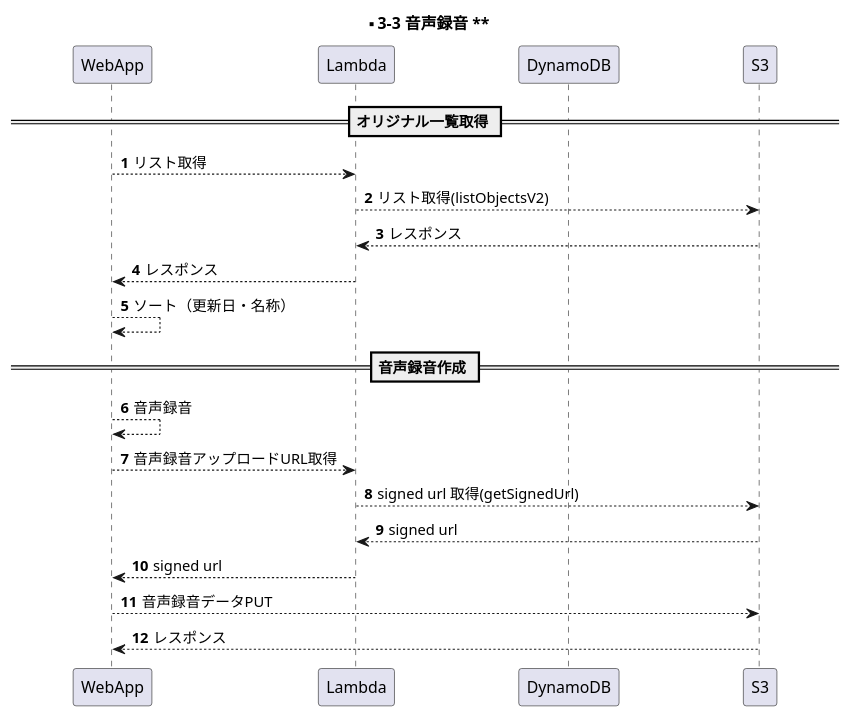
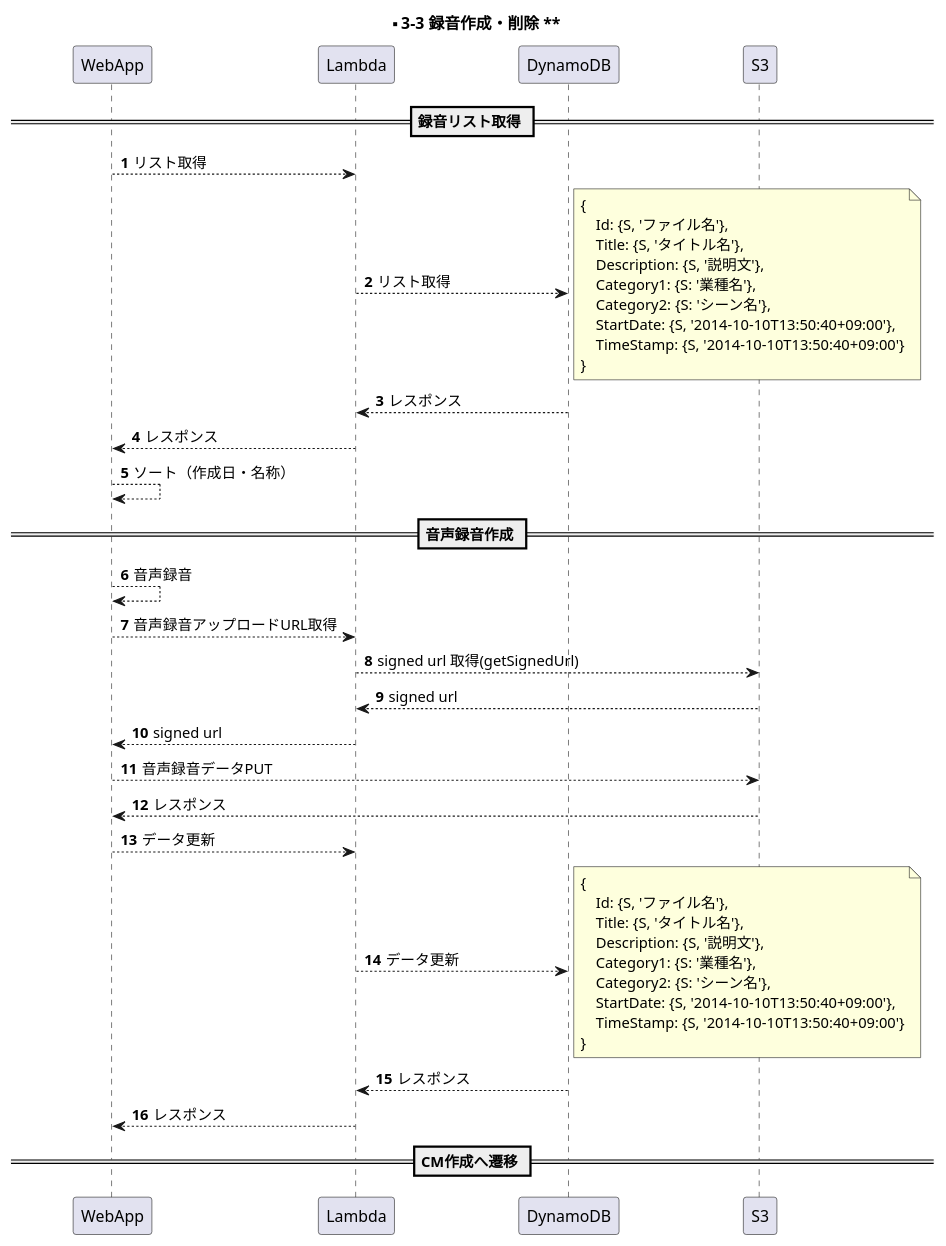
The diagram in documents/uml/s3-3.wsd (y-watanabe-usen/umesse-test), drawn with PlantUML before and after one commit. The commit also changed 5 other files, not shown here.

```diff
--- a/documents/uml/s3-3.wsd
+++ b/documents/uml/s3-3.wsd
@@ -1,28 +1,56 @@
 @startuml s3-3
 
 participant WebApp order 1
 participant Lambda order 2
 participant DynamoDB order 3
 participant S3 order 4
 skinparam ParticipantPadding 50
 autonumber
 
-title ** 3-3 音声録音 **
+title ** 3-3 録音作成・削除 **
 
-== オリジナル一覧取得 ==
+== 録音リスト取得 ==
 WebApp --> Lambda: リスト取得
-Lambda --> S3: リスト取得(listObjectsV2)
-Lambda <-- S3: レスポンス
+Lambda --> DynamoDB: リスト取得
+note right
+{
+    Id: {S, 'ファイル名'},
+    Title: {S, 'タイトル名'},
+    Description: {S, '説明文'},
+    Category1: {S: '業種名'},
+    Category2: {S: 'シーン名'},
+    StartDate: {S, '2014-10-10T13:50:40+09:00'},
+    TimeStamp: {S, '2014-10-10T13:50:40+09:00'}
+}
+end note
+Lambda <-- DynamoDB: レスポンス
 WebApp <-- Lambda: レスポンス
-WebApp --> WebApp: ソート（更新日・名称）
+WebApp --> WebApp: ソート（作成日・名称）
 
 == 音声録音作成 ==
 WebApp --> WebApp: 音声録音
 WebApp --> Lambda: 音声録音アップロードURL取得
 Lambda --> S3: signed url 取得(getSignedUrl)
 Lambda <-- S3: signed url
 WebApp <-- Lambda: signed url
 WebApp --> S3: 音声録音データPUT
 WebApp <-- S3: レスポンス
+WebApp --> Lambda: データ更新
+Lambda --> DynamoDB: データ更新
+note right
+{
+    Id: {S, 'ファイル名'},
+    Title: {S, 'タイトル名'},
+    Description: {S, '説明文'},
+    Category1: {S: '業種名'},
+    Category2: {S: 'シーン名'},
+    StartDate: {S, '2014-10-10T13:50:40+09:00'},
+    TimeStamp: {S, '2014-10-10T13:50:40+09:00'}
+}
+end note
+Lambda <-- DynamoDB: レスポンス
+WebApp <-- Lambda: レスポンス
+
+== CM作成へ遷移 ==
 
 @enduml
```
